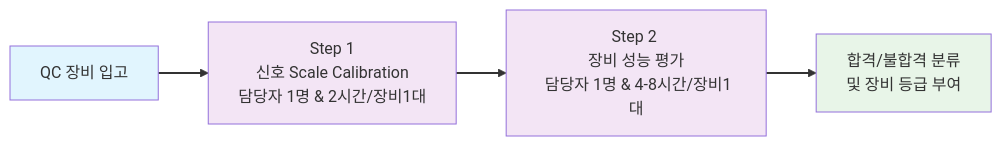
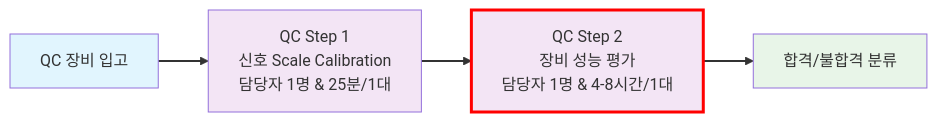
Before and after one commit to kmink3225/website: the first of 2 diagrams in docs/projects/qc_platform/index.qmd, drawn with Mermaid. The commit also changed other lines of this file and 23 other files, not shown here.

````diff
--- a/docs/projects/qc_platform/index.qmd
+++ b/docs/projects/qc_platform/index.qmd
@@ -61,15 +61,15 @@
 ```{mermaid}
 flowchart LR
-    A["QC 장비 입고"] --> B["Step 1 <br> 신호 Scale Calibration<br/> 담당자 1명 & 2시간/장비1대<br/>"]
-    B --> C["Step 2 <br> 장비 성능 평가 <br/> 담당자 1명 & 4-8시간/장비1대<br/>"]
-    C --> D["합격/불합격 분류<br/> 및 장비 등급 부여"]
+    A["QC 장비 입고"] --> B["QC Step 1 <br> 신호 Scale Calibration<br/> 담당자 1명 & 25분/1대<br/>"]
+    B --> C["QC Step 2 <br> 장비 성능 평가 <br/> 담당자 1명 & 4-8시간/1대<br/>"]
+    C --> D["합격/불합격 분류"]
     
     linkStyle 0 stroke:#333,stroke-width:2px
     linkStyle 1 stroke:#333,stroke-width:2px
     linkStyle 2 stroke:#333,stroke-width:2px
     
     style A fill:#e1f5fe
     style B fill:#f3e5f5
-    style C fill:#f3e5f5
+    style C fill:#f3e5f5,stroke:#ff0000,stroke-width:3px
     style D fill:#e8f5e8
 ```
````
